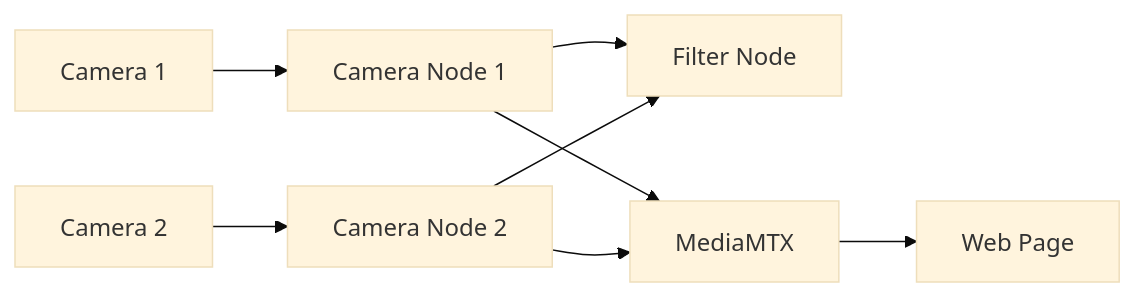
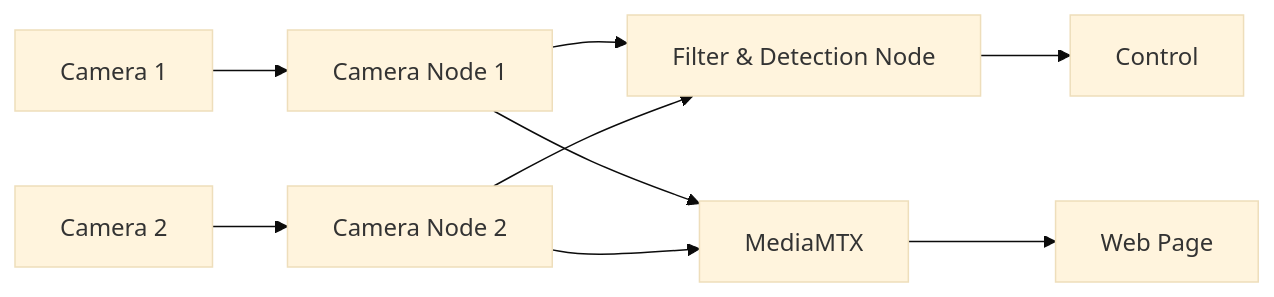
One commit to Cyclone-Robosub/sys-arch-2026 changed the diagram in Vision/README.md. Above: the diagram before and after it, drawn with Mermaid (base theme). The commit also changed other lines of this file and 1 other file, not shown here.

````diff
--- a/Vision/README.md
+++ b/Vision/README.md
@@ -7,13 +17,14 @@
 ```mermaid
 graph LR
     C1[Camera 1] --> N1[Camera Node 1]
     C2[Camera 2] --> N2[Camera Node 2]
 
-    N1 --> ROS[Filter Node]
+    N1 --> ROS[Filter & Detection Node]
     N2 --> ROS
 
     N1 --> MTX[MediaMTX]
     N2 --> MTX
 
     MTX --> WEB[Web Page]
+    ROS --> CTL[Control]
 ```
````
